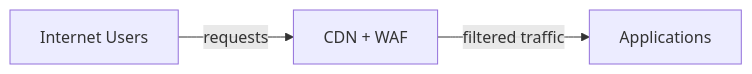
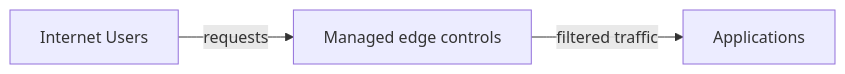
Before and after one commit to wagov-dtt/architecture-decision-records: the diagram in security/016-edge-protection.md, drawn with Mermaid. The commit also changed other lines of this file and 35 other files, not shown here.

First line of the commit message:
Modernise cyber protection architecture guidance (#29)

````diff
--- a/security/016-edge-protection.md
+++ b/security/016-edge-protection.md
@@ -32,9 +35,9 @@
 ```mermaid
 flowchart LR
     users[Internet Users]
-    cdn[CDN + WAF]
+    cdn[Managed edge controls]
     apps[Applications]
 
     users -->|requests| cdn
     cdn -->|filtered traffic| apps
 ```
````
